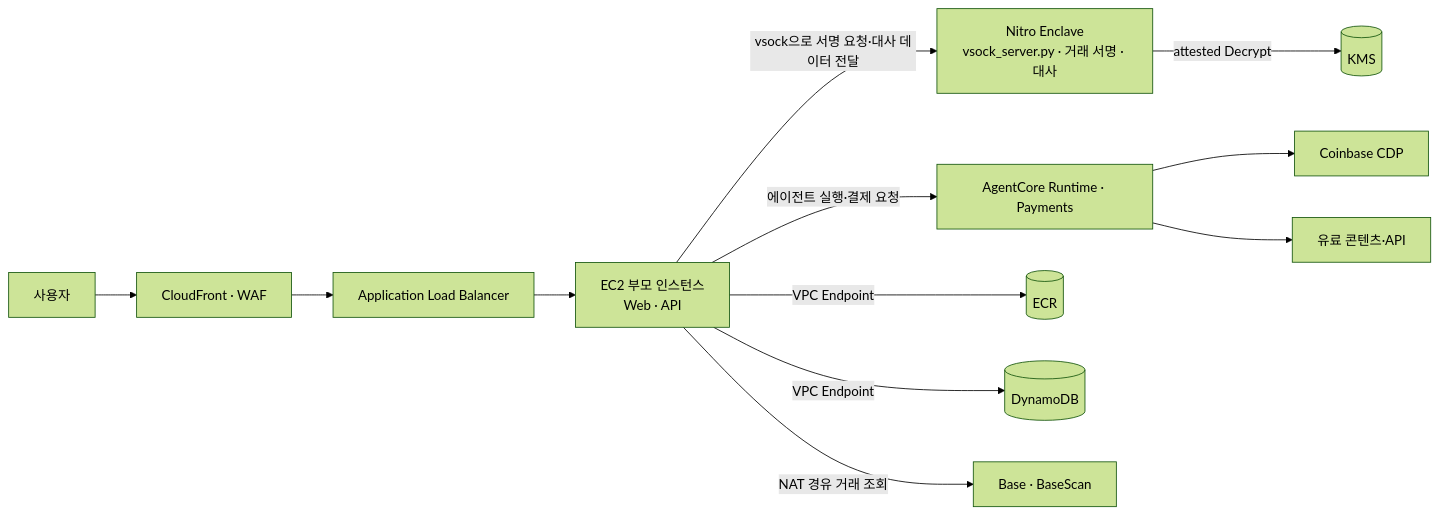
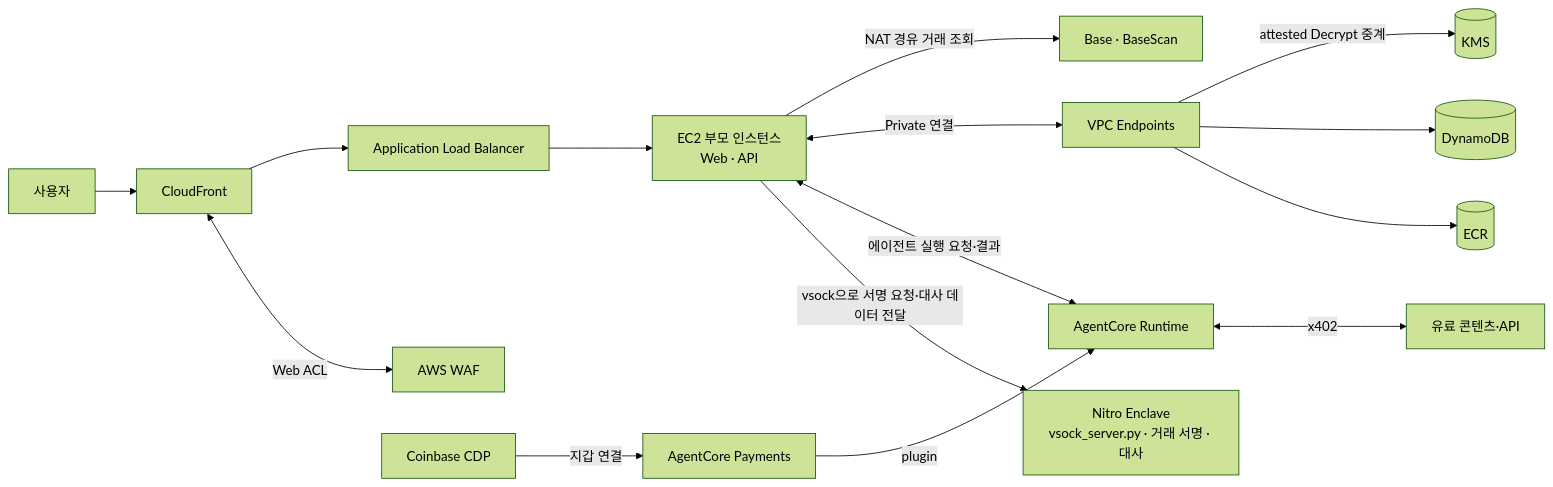
Before and after one commit to eunsujeo/eunpus: the sixth of 6 diagrams in blockchain-manager/docs/디지털 자산/에이전트 결제/04-aws-wallet-key-and-agent-payment.md, drawn with Mermaid (forest theme). The commit also changed other lines of this file and 6 other files, not shown here.

````diff
--- a/blockchain-manager/docs/디지털 자산/에이전트 결제/04-aws-wallet-key-and-agent-payment.md
+++ b/blockchain-manager/docs/디지털 자산/에이전트 결제/04-aws-wallet-key-and-agent-payment.md
@@ -149,14 +188,17 @@
 ```mermaid
 flowchart LR
-    USER[사용자] --> CF[CloudFront · WAF]
+    USER[사용자] --> CF[CloudFront]
+    CF <-->|Web ACL| WAF[AWS WAF]
     CF --> ALB[Application Load Balancer]
     ALB --> PARENT[EC2 부모 인스턴스<br/>Web · API]
     PARENT -->|vsock으로 서명 요청·대사 데이터 전달| ENCLAVE[Nitro Enclave<br/>vsock_server.py · 거래 서명 · 대사]
-    PARENT -->|에이전트 실행·결제 요청| CORE[AgentCore Runtime · Payments]
-    CORE --> CDP[Coinbase CDP]
-    CORE --> CONTENT[유료 콘텐츠·API]
-    PARENT -->|VPC Endpoint| ECR[(ECR)]
-    PARENT -->|VPC Endpoint| DDB[(DynamoDB)]
-    ENCLAVE -->|attested Decrypt| KMS[(KMS)]
+    PARENT <-->|에이전트 실행 요청·결과| RUNTIME[AgentCore Runtime]
+    PAY[AgentCore Payments] -->|plugin| RUNTIME
+    CDP[Coinbase CDP] -->|지갑 연결| PAY
+    RUNTIME <-->|x402| CONTENT[유료 콘텐츠·API]
+    PARENT <-->|Private 연결| VPCE[VPC Endpoints]
+    VPCE --> ECR[(ECR)]
+    VPCE --> DDB[(DynamoDB)]
+    VPCE -->|attested Decrypt 중계| KMS[(KMS)]
     PARENT -->|NAT 경유 거래 조회| BASE[Base · BaseScan]
 ```
````
